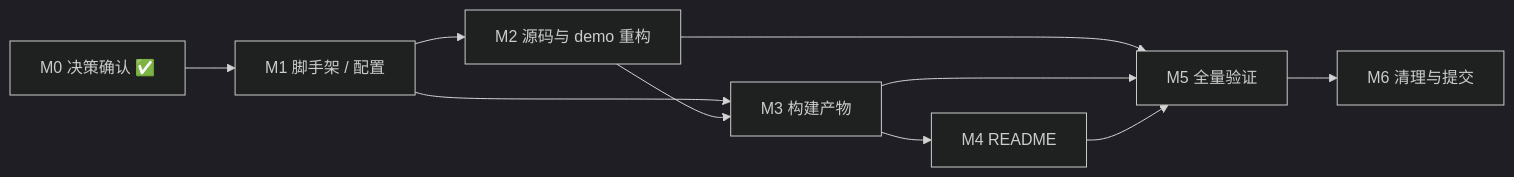
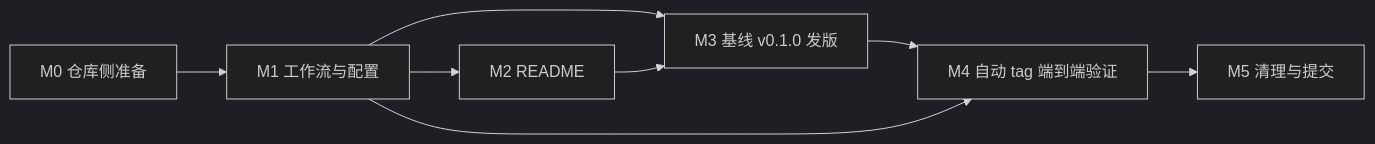
One commit to mulingyuer/github-cursor-trail changed the diagram in todo.md. Above: the diagram before and after it, drawn with Mermaid (dark theme). The commit also changed other lines of this file and 8 other files, not shown here.

````diff
--- a/todo.md
+++ b/todo.md
@@ -325,12 +447,10 @@
 ```mermaid
 flowchart LR
-  M0[M0 决策确认 ✅] --> M1[M1 脚手架 / 配置]
-  M1 --> M2[M2 源码与 demo 重构]
-  M1 --> M3[M3 构建产物]
+  M0[M0 仓库侧准备] --> M1[M1 工作流与配置]
+  M1 --> M2[M2 README]
+  M1 --> M3[M3 基线 v0.1.0 发版]
   M2 --> M3
-  M3 --> M4[M4 README]
-  M2 --> M5[M5 全量验证]
-  M3 --> M5
-  M4 --> M5
-  M5 --> M6[M6 清理与提交]
+  M3 --> M4[M4 自动 tag 端到端验证]
+  M1 --> M4
+  M4 --> M5[M5 清理与提交]
 ```
````
